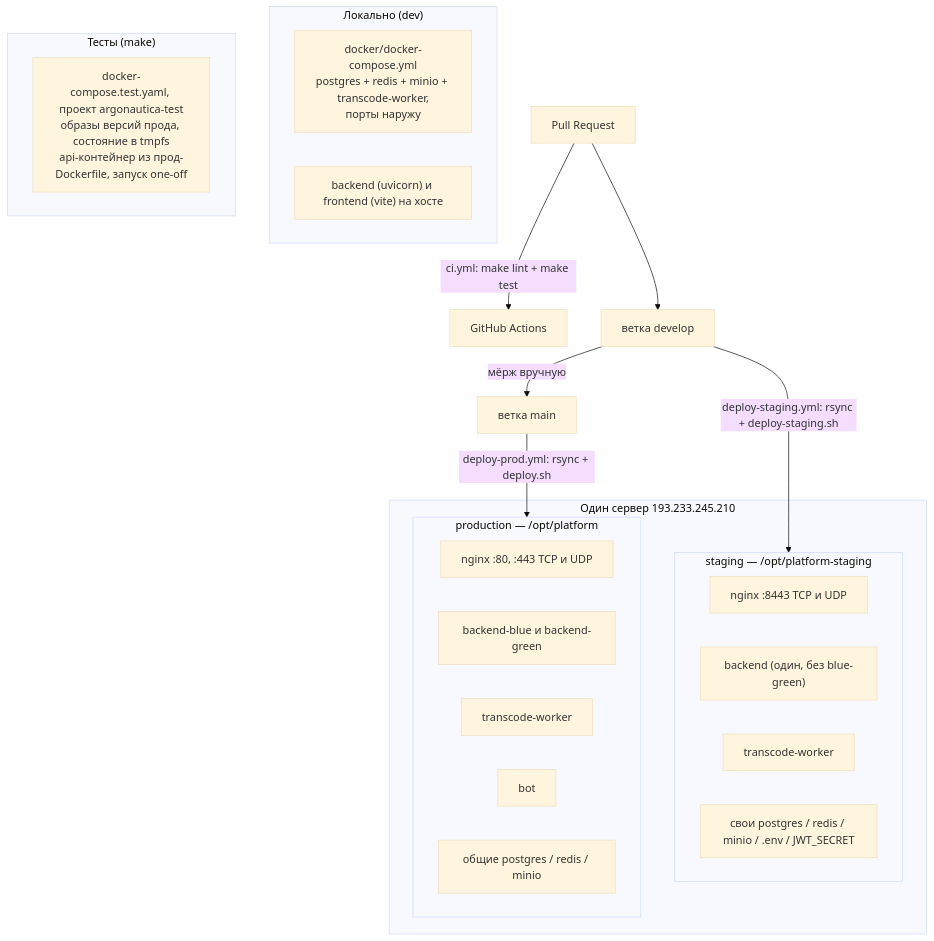
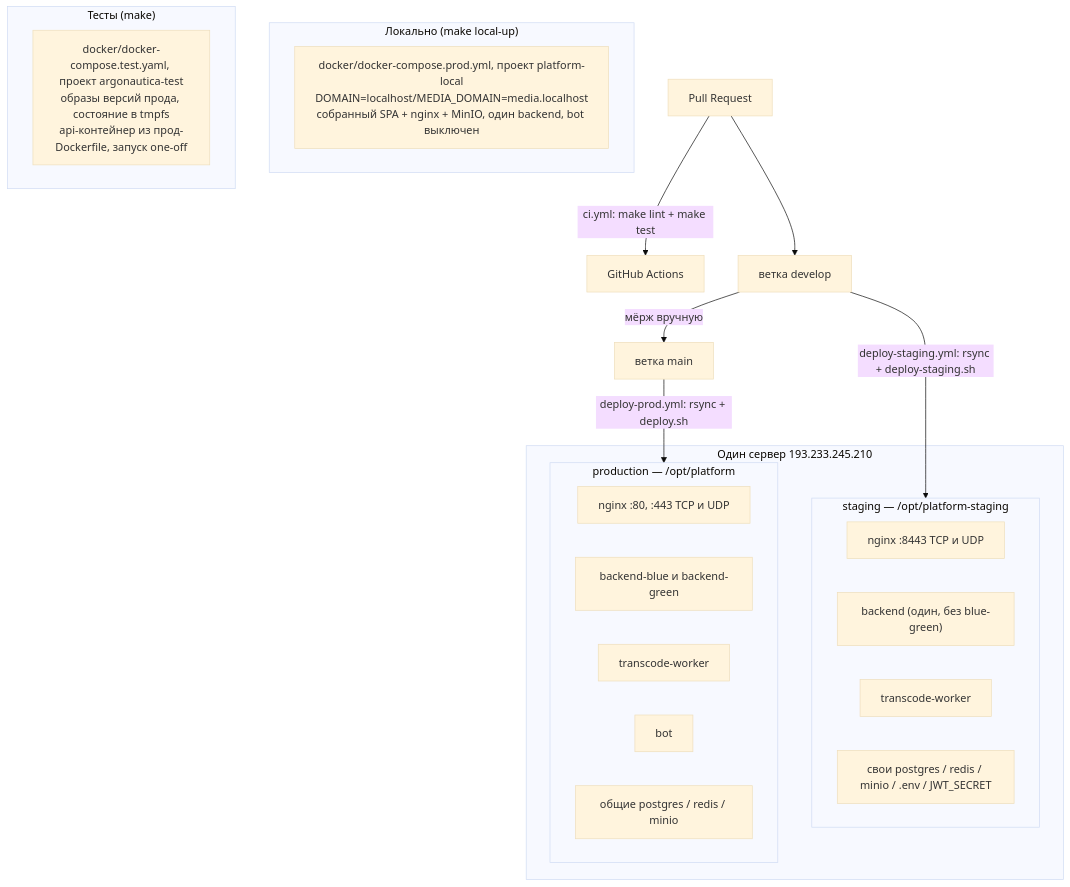
Before and after one commit to code-tamer3000/argonautica-platfrorm: diagram 16 of 17 in docs/ARCHITECTURE.md, drawn with Mermaid (base theme). The commit also changed 16 other files, not shown here.

First line of the commit message:
chore(devex): local prod-like stack via make local-up, admin bootstrap, cleanup

````diff
--- a/docs/ARCHITECTURE.md
+++ b/docs/ARCHITECTURE.md
@@ -818,33 +818,32 @@
 ```mermaid
 flowchart TB
-    subgraph dev["Локально (dev)"]
-        DC["docker/docker-compose.yml<br/>postgres + redis + minio + transcode-worker,<br/>порты наружу"]
-        DH["backend (uvicorn) и frontend (vite) на хосте"]
+    subgraph dev["Локально (make local-up)"]
+        DC["docker/docker-compose.prod.yml, проект platform-local<br/>DOMAIN=localhost/MEDIA_DOMAIN=media.localhost<br/>собранный SPA + nginx + MinIO, один backend, bot выключен"]
     end
 
     subgraph tst["Тесты (make)"]
-        TC["docker-compose.test.yaml, проект argonautica-test<br/>образы версий прода, состояние в tmpfs<br/>api-контейнер из прод-Dockerfile, запуск one-off"]
+        TC["docker/docker-compose.test.yaml, проект argonautica-test<br/>образы версий прода, состояние в tmpfs<br/>api-контейнер из прод-Dockerfile, запуск one-off"]
     end
 
     subgraph srv["Один сервер 193.233.245.210"]
         subgraph stg["staging — /opt/platform-staging"]
             SN["nginx :8443 TCP и UDP"]
             SB["backend (один, без blue-green)"]
             SW["transcode-worker"]
             SS["свои postgres / redis / minio / .env / JWT_SECRET"]
         end
         subgraph prd["production — /opt/platform"]
             PN["nginx :80, :443 TCP и UDP"]
             PB["backend-blue и backend-green"]
             PW["transcode-worker"]
             PBot["bot"]
             PS["общие postgres / redis / minio"]
         end
     end
 
     PR["Pull Request"] -->|"ci.yml: make lint + make test"| CI["GitHub Actions"]
     DEV["ветка develop"] -->|"deploy-staging.yml: rsync + deploy-staging.sh"| stg
     MAIN["ветка main"] -->|"deploy-prod.yml: rsync + deploy.sh"| prd
     PR --> DEV
     DEV -->|"мёрж вручную"| MAIN
 ```
````
